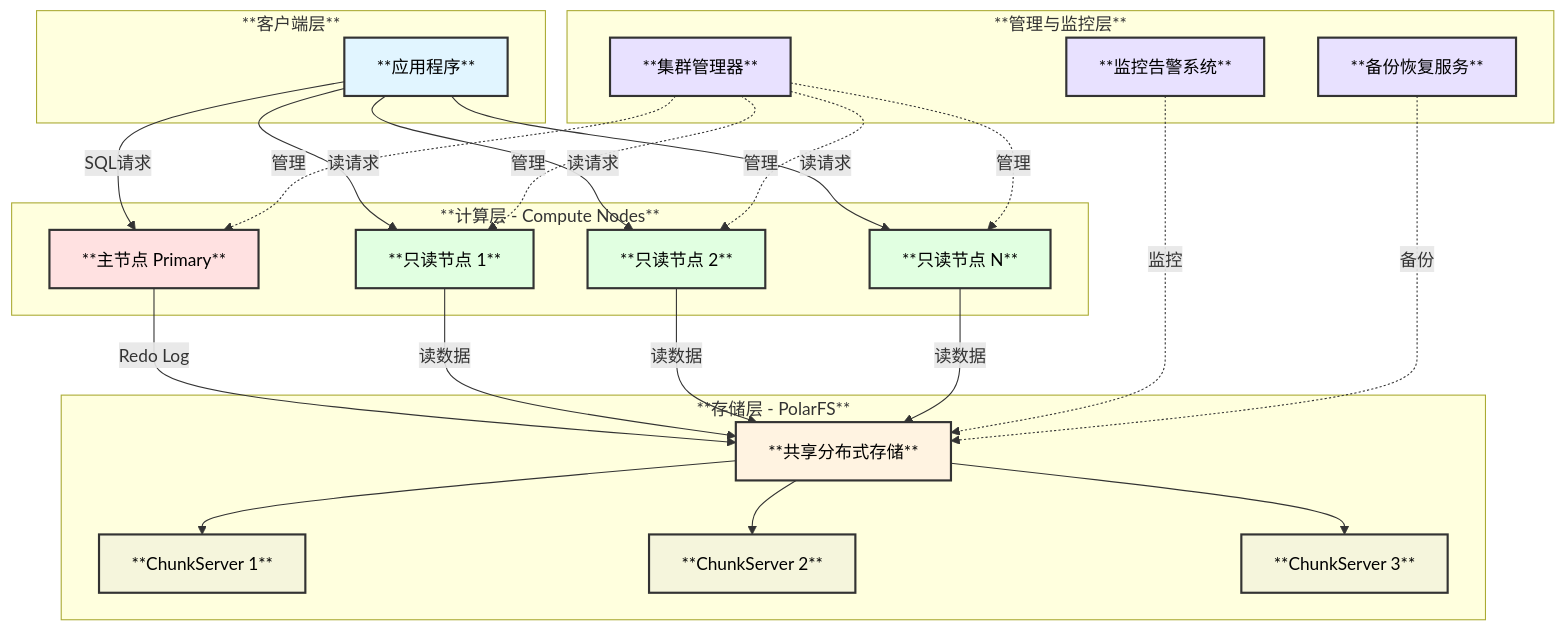
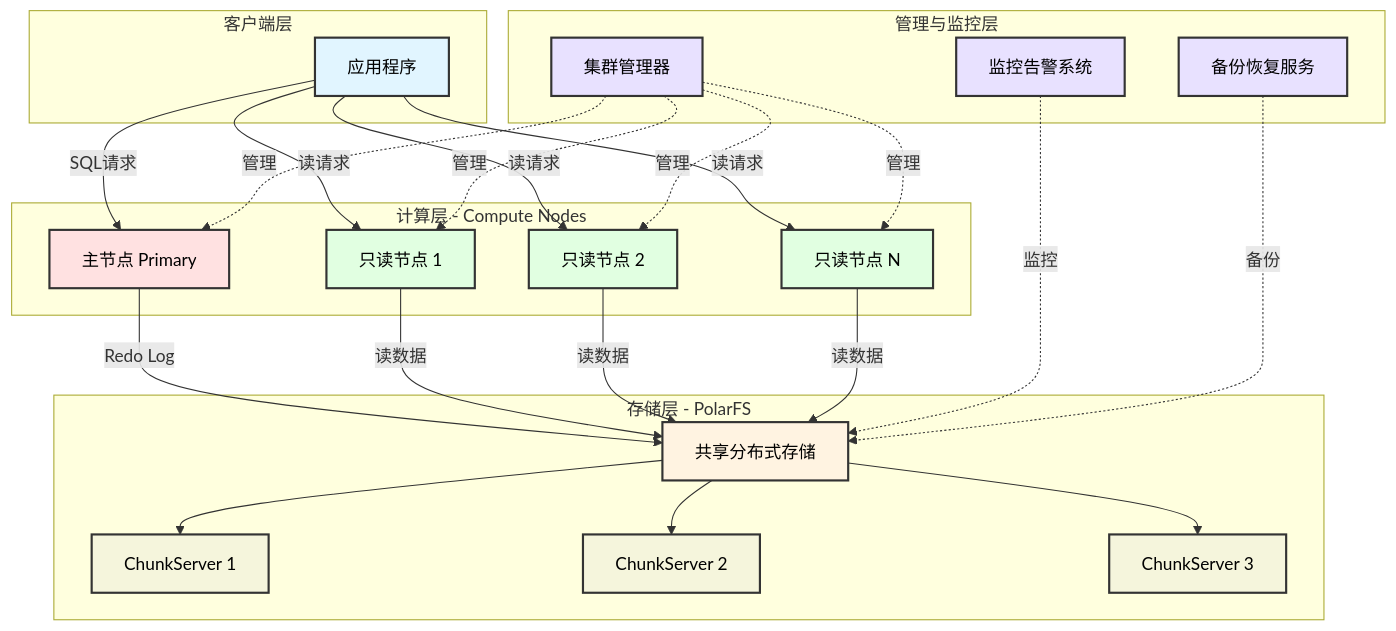
The first of 29 diagrams in vdocs/design/PolarDB_Architecture.md (victor1589007281/percona-server), drawn with Mermaid before and after one commit. The commit also changed other lines of this file and 141 other files, not shown here.

````diff
--- a/vdocs/design/PolarDB_Architecture.md
+++ b/vdocs/design/PolarDB_Architecture.md
@@ -11,60 +11,60 @@
 ```mermaid
 graph TB
-    subgraph "**客户端层**"
-        A[**应用程序**]
+    subgraph "客户端层"
+        A["应用程序"]
     end
     
-    subgraph "**计算层 - Compute Nodes**"
-        B[**主节点 Primary**]
-        C[**只读节点 1**]
-        D[**只读节点 2**]
-        E[**只读节点 N**]
+    subgraph "计算层 - Compute Nodes"
+        B["主节点 Primary"]
+        C["只读节点 1"]
+        D["只读节点 2"]
+        E["只读节点 N"]
     end
     
-    subgraph "**存储层 - PolarFS**"
-        F[**共享分布式存储**]
-        G[**ChunkServer 1**]
-        H[**ChunkServer 2**]
-        I[**ChunkServer 3**]
+    subgraph "存储层 - PolarFS"
+        F["共享分布式存储"]
+        G["ChunkServer 1"]
+        H["ChunkServer 2"]
+        I["ChunkServer 3"]
     end
     
-    subgraph "**管理与监控层**"
-        J[**集群管理器**]
-        K[**监控告警系统**]
-        L[**备份恢复服务**]
+    subgraph "管理与监控层"
+        J["集群管理器"]
+        K["监控告警系统"]
+        L["备份恢复服务"]
     end
     
     A -->|SQL请求| B
     A -->|读请求| C
     A -->|读请求| D
     A -->|读请求| E
     
     B -->|Redo Log| F
     C -->|读数据| F
     D -->|读数据| F
     E -->|读数据| F
     
     F --> G
     F --> H
     F --> I
     
     J -.->|管理| B
     J -.->|管理| C
     J -.->|管理| D
     J -.->|管理| E
     K -.->|监控| F
     L -.->|备份| F
     
     style A fill:#e1f5ff,stroke:#333,stroke-width:2px,color:#000
     style B fill:#ffe1e1,stroke:#333,stroke-width:2px,color:#000
     style C fill:#e1ffe1,stroke:#333,stroke-width:2px,color:#000
     style D fill:#e1ffe1,stroke:#333,stroke-width:2px,color:#000
     style E fill:#e1ffe1,stroke:#333,stroke-width:2px,color:#000
     style F fill:#fff3e1,stroke:#333,stroke-width:2px,color:#000
     style G fill:#f5f5dc,stroke:#333,stroke-width:2px,color:#000
     style H fill:#f5f5dc,stroke:#333,stroke-width:2px,color:#000
     style I fill:#f5f5dc,stroke:#333,stroke-width:2px,color:#000
     style J fill:#e8e1ff,stroke:#333,stroke-width:2px,color:#000
     style K fill:#e8e1ff,stroke:#333,stroke-width:2px,color:#000
     style L fill:#e8e1ff,stroke:#333,stroke-width:2px,color:#000
 ```
````
